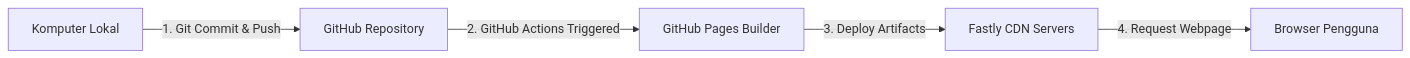
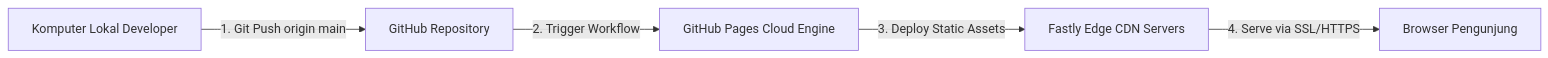
One commit to BaconHairBoi123/UAS_CloudComputing.github.io changed the diagram in Laporan_Proyek.md. Above: the diagram before and after it, drawn with Mermaid. The commit also changed other lines of this file and 5 other files, not shown here.

````diff
--- a/Laporan_Proyek.md
+++ b/Laporan_Proyek.md
@@ -75,7 +97,7 @@
 ```mermaid
 graph LR
-    LocalMachine[Komputer Lokal] -->|1. Git Commit & Push| GitHubRepo[GitHub Repository]
-    GitHubRepo -->|2. GitHub Actions Triggered| GHPagesBuilder[GitHub Pages Builder]
-    GHPagesBuilder -->|3. Deploy Artifacts| FastlyCDN[Fastly CDN Servers]
-    FastlyCDN -->|4. Request Webpage| UserBrowser[Browser Pengguna]
+    LocalMachine[Komputer Lokal Developer] -->|1. Git Push origin main| GitHubRepo[GitHub Repository]
+    GitHubRepo -->|2. Trigger Workflow| GHPagesBuilder[GitHub Pages Cloud Engine]
+    GHPagesBuilder -->|3. Deploy Static Assets| FastlyCDN[Fastly Edge CDN Servers]
+    FastlyCDN -->|4. Serve via SSL/HTTPS| UserBrowser[Browser Pengunjung]
 ```
````
